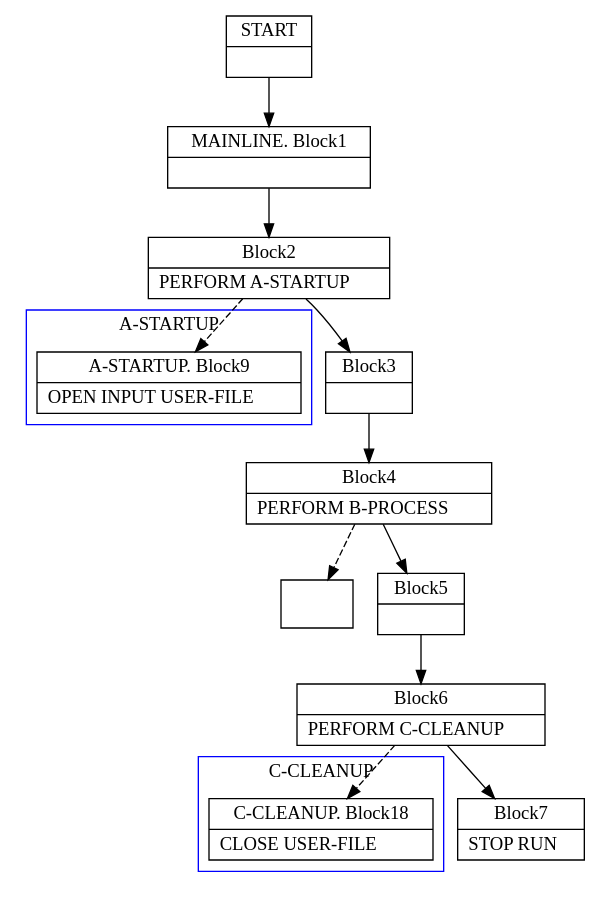
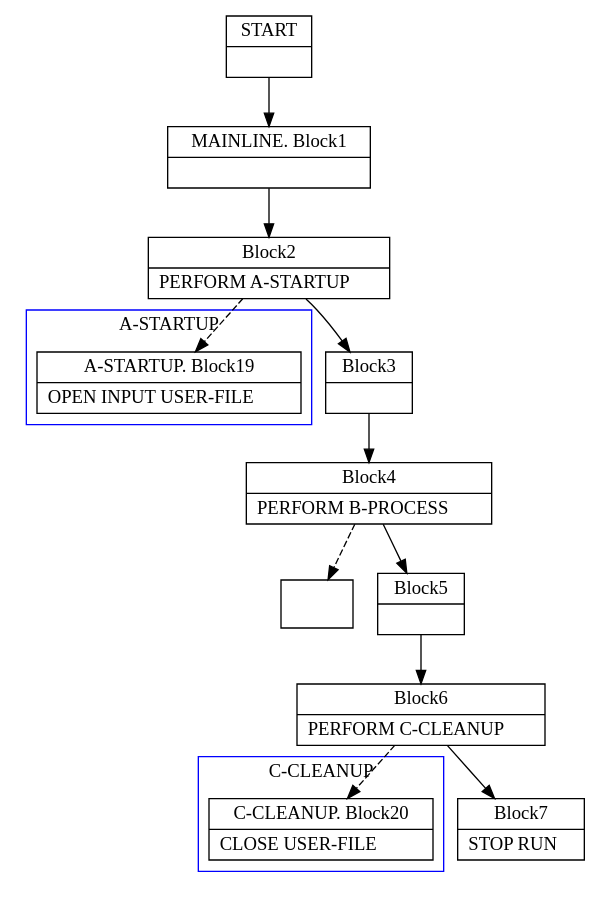
The diagram in TypeCobol.Analysis.Test/DotOutput/PerformProcedure1.dot (TypeCobolTeam/TypeCobol), drawn with Graphviz before and after one commit. The commit also changed 12 other files, not shown here.

```diff
--- a/TypeCobol.Analysis.Test/DotOutput/PerformProcedure1.dot
+++ b/TypeCobol.Analysis.Test/DotOutput/PerformProcedure1.dot
@@ -1,67 +1,67 @@
 digraph Cfg {
 compound=true;
 node [
 shape = "record"
 ]
 
 edge [
 arrowtail = "empty"
 ]
 Block0 [
 label = "{START|}"
 ]
 Block1 [
 label = "{MAINLINE. Block1|}"
 ]
 Block2 [
 label = "{Block2|    PERFORM A-STARTUP\l}"
 ]
 subgraph cluster_1{
 color = blue;
 label = "A-STARTUP";
-Block9 [
-label = "{A-STARTUP. Block9|    OPEN INPUT USER-FILE\l}"
+Block19 [
+label = "{A-STARTUP. Block19|    OPEN INPUT USER-FILE\l}"
 ]
 
 }
-Block2 -> Block9 [style=dashed]
+Block2 -> Block19 [style=dashed]
 
 Block3 [
 label = "{Block3|}"
 ]
 Block4 [
 label = "{Block4|    PERFORM B-PROCESS\l}"
 ]
 subgraph cluster_2{
 color = blue;
 }
 Block4 -> "" [style=dashed]
 
 Block5 [
 label = "{Block5|}"
 ]
 Block6 [
 label = "{Block6|    PERFORM C-CLEANUP\l}"
 ]
 subgraph cluster_3{
 color = blue;
 label = "C-CLEANUP";
-Block18 [
-label = "{C-CLEANUP. Block18|    CLOSE USER-FILE\l}"
+Block20 [
+label = "{C-CLEANUP. Block20|    CLOSE USER-FILE\l}"
 ]
 
 }
-Block6 -> Block18 [style=dashed]
+Block6 -> Block20 [style=dashed]
 
 Block7 [
 label = "{Block7|    STOP RUN\l}"
 ]
 Block0 -> Block1
 Block1 -> Block2
 Block2 -> Block3
 Block3 -> Block4
 Block4 -> Block5
 Block5 -> Block6
 Block6 -> Block7
 
 }
```
